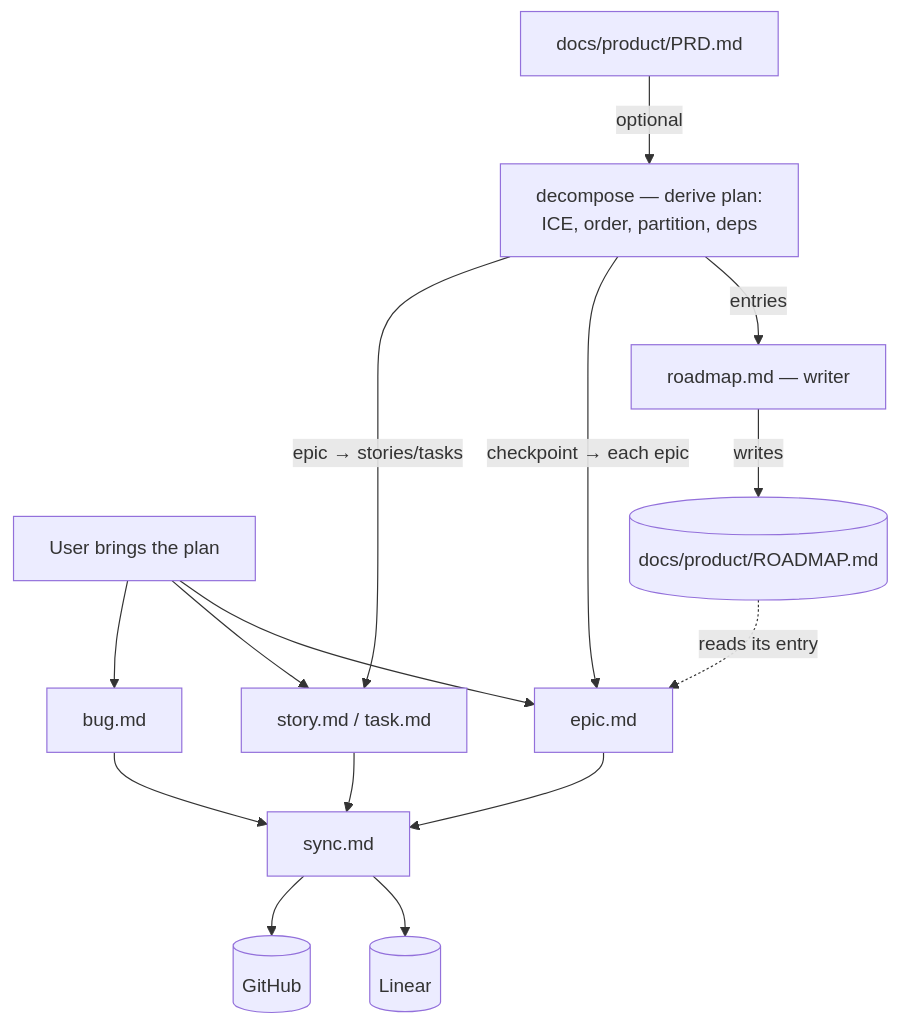
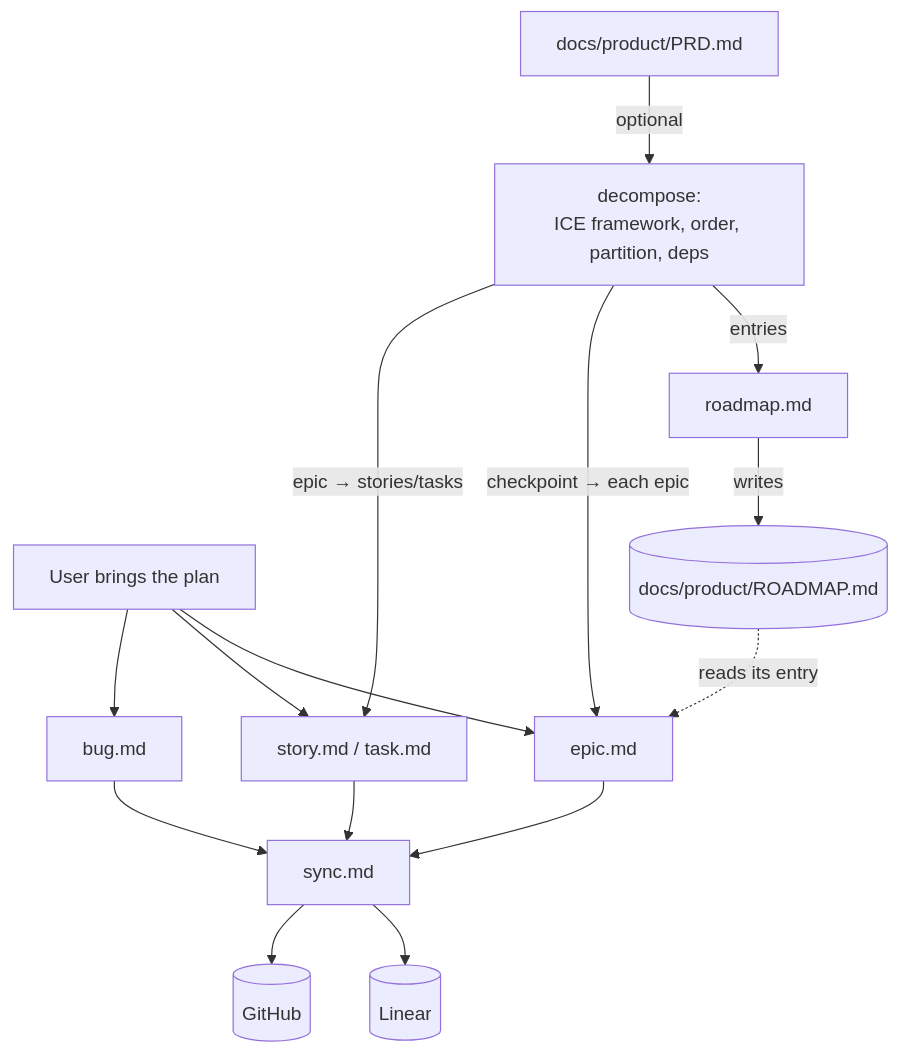
One commit to adeonir/agent-skills changed the diagram in skills/product/epic-tracker/README.md. Above: the diagram before and after it, drawn with Mermaid.

Commit message:
docs(epic-tracker): relabel decompose and roadmap nodes in the flow diagram

````diff
--- a/skills/product/epic-tracker/README.md
+++ b/skills/product/epic-tracker/README.md
@@ -7,17 +7,17 @@
 ```mermaid
 flowchart TD
     USER[User brings the plan] --> EP[epic.md]
     USER --> STK[story.md / task.md]
     USER --> BG[bug.md]
-    PRD[docs/product/PRD.md] -->|optional| DEC[decompose — derive plan:<br>ICE, order, partition, deps]
-    DEC -->|entries| RW[roadmap.md — writer]
+    PRD[docs/product/PRD.md] -->|optional| DEC[decompose:<br>ICE framework, order, partition, deps]
+    DEC -->|entries| RW[roadmap.md]
     RW -->|writes| RM[(docs/product/ROADMAP.md)]
     DEC -->|checkpoint → each epic| EP
     RM -.reads its entry.-> EP
     DEC -->|epic → stories/tasks| STK
     EP --> SY[sync.md]
     STK --> SY
     BG --> SY
     SY --> LN[(Linear)]
     SY --> GH[(GitHub)]
 ```
````
